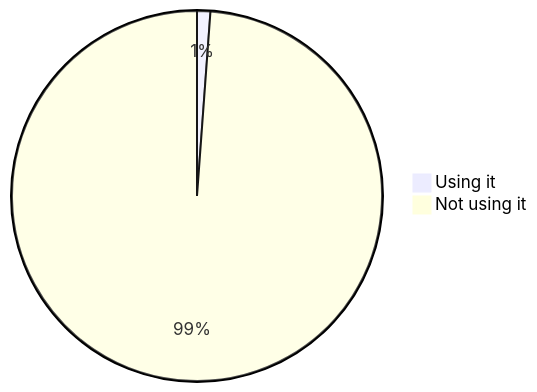
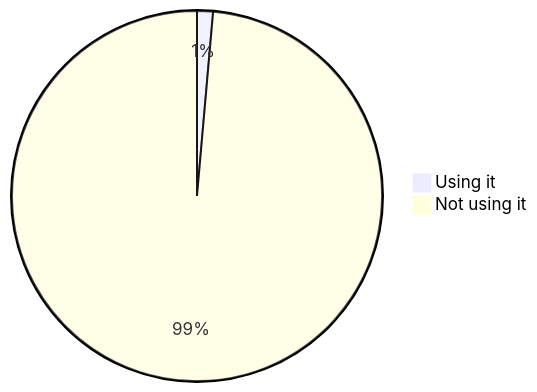
The fifth of 22 diagrams in stats.md (oshp/oshp-stats), drawn with Mermaid before and after one commit. The commit also changed other lines of this file, not shown here.

````diff
--- a/stats.md
+++ b/stats.md
@@ -58,6 +58,6 @@
 ```mermaid
 pie
-	"Using it" : 1.16
-	"Not using it" : 98.84
+	"Using it" : 1.39
+	"Not using it" : 98.61
 
 ```
````
